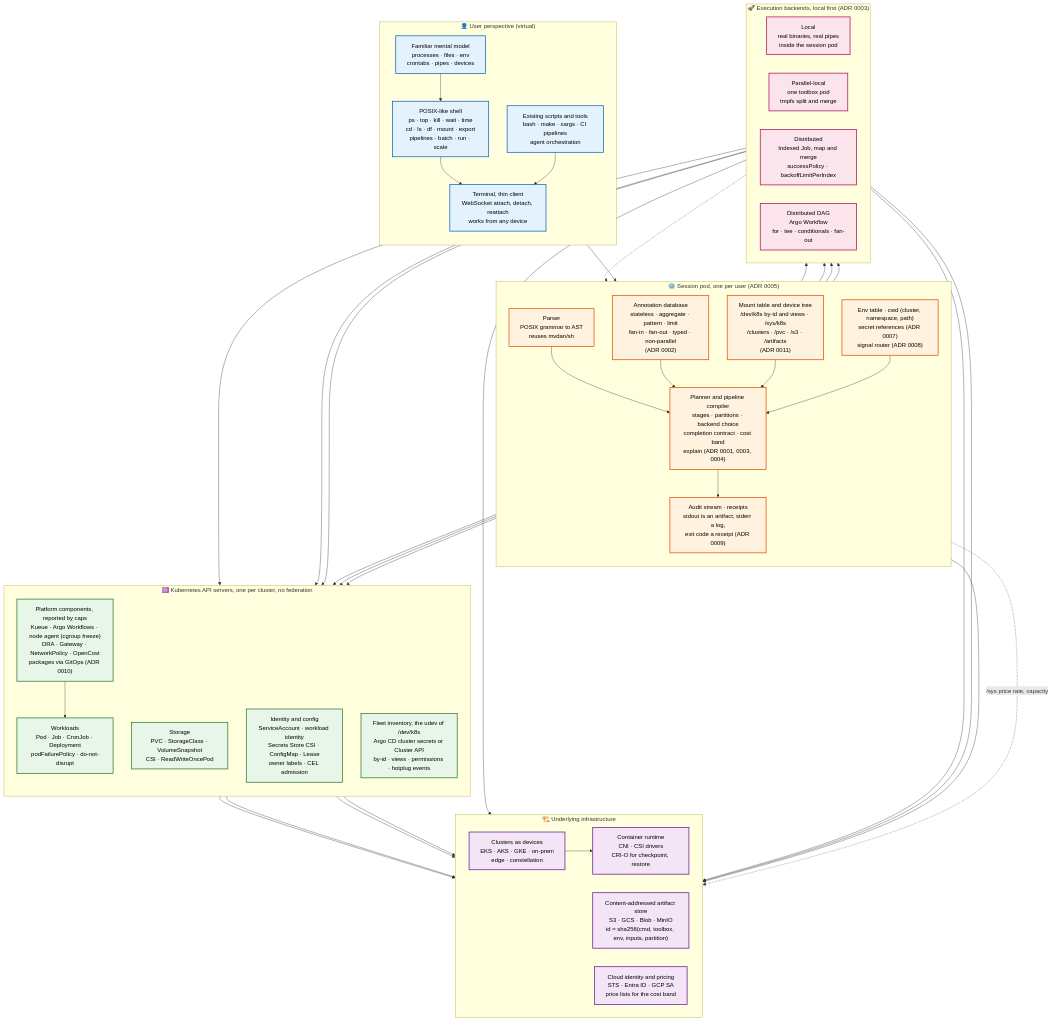
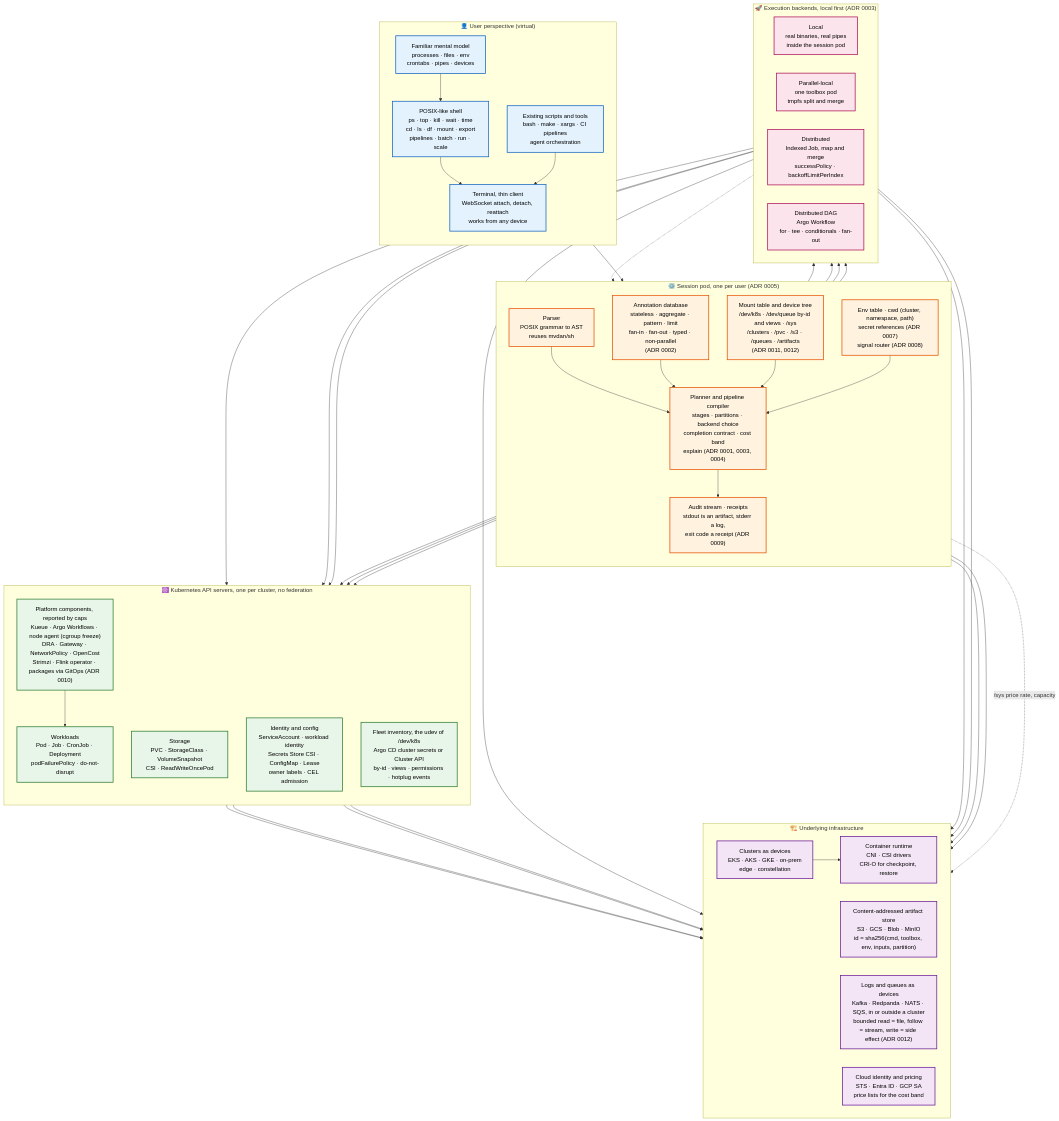
One commit to marcioyoshida/Convoy-Fleet-Manager changed the diagram in README.md. Above: the diagram before and after it, drawn with Mermaid. The commit also changed other lines of this file and 8 other files, not shown here.

First line of the commit message:
ADR 0012 draft: logs and queues are devices; a topic has three faces

````diff
--- a/README.md
+++ b/README.md
@@ -91,7 +91,7 @@
         Parser["Parser<br/>POSIX grammar to AST<br/>reuses mvdan/sh"]
         Planner["Planner and pipeline compiler<br/>stages · partitions · backend choice<br/>completion contract · cost band<br/>explain (ADR 0001, 0003, 0004)"]
         Annot["Annotation database<br/>stateless · aggregate · pattern · limit<br/>fan-in · fan-out · typed · non-parallel<br/>(ADR 0002)"]
-        Mounts["Mount table and device tree<br/>/dev/k8s by-id and views · /sys/k8s<br/>/clusters · /pvc · /s3 · /artifacts<br/>(ADR 0011)"]
+        Mounts["Mount table and device tree<br/>/dev/k8s · /dev/queue by-id and views · /sys<br/>/clusters · /pvc · /s3 · /queues · /artifacts<br/>(ADR 0011, 0012)"]
         State["Env table · cwd (cluster, namespace, path)<br/>secret references (ADR 0007)<br/>signal router (ADR 0008)"]
         Audit["Audit stream · receipts<br/>stdout is an artifact, stderr a log,<br/>exit code a receipt (ADR 0009)"]
     end
@@ -109,7 +109,7 @@
         Workloads["Workloads<br/>Pod · Job · CronJob · Deployment<br/>podFailurePolicy · do-not-disrupt"]
         Storage["Storage<br/>PVC · StorageClass · VolumeSnapshot<br/>CSI · ReadWriteOncePod"]
         Identity["Identity and config<br/>ServiceAccount · workload identity<br/>Secrets Store CSI · ConfigMap · Lease<br/>owner labels · CEL admission"]
-        Platform["Platform components, reported by caps<br/>Kueue · Argo Workflows · node agent (cgroup freeze)<br/>DRA · Gateway · NetworkPolicy · OpenCost<br/>packages via GitOps (ADR 0010)"]
+        Platform["Platform components, reported by caps<br/>Kueue · Argo Workflows · node agent (cgroup freeze)<br/>DRA · Gateway · NetworkPolicy · OpenCost<br/>Strimzi · Flink operator · packages via GitOps (ADR 0010)"]
         Inventory["Fleet inventory, the udev of /dev/k8s<br/>Argo CD cluster secrets or Cluster API<br/>by-id · views · permissions · hotplug events"]
     end
 
@@ -118,6 +118,7 @@
         Clusters["Clusters as devices<br/>EKS · AKS · GKE · on-prem<br/>edge · constellation"]
         Runtime["Container runtime<br/>CNI · CSI drivers<br/>CRI-O for checkpoint, restore"]
         CAS["Content-addressed artifact store<br/>S3 · GCS · Blob · MinIO<br/>id = sha256(cmd, toolbox, env, inputs, partition)"]
+        Queues["Logs and queues as devices<br/>Kafka · Redpanda · NATS · SQS, in or outside a cluster<br/>bounded read = file, follow = stream, write = side effect (ADR 0012)"]
         Cloud["Cloud identity and pricing<br/>STS · Entra ID · GCP SA<br/>price lists for the cost band"]
     end
 
@@ -152,6 +153,7 @@
     Indexed --> CAS
     Argo --> CAS
     Mounts --> CAS
+    Mounts --> Queues
 
     Workloads --> Clusters
     Storage --> Clusters
@@ -169,5 +171,5 @@
     class Parser,Planner,Annot,Mounts,State,Audit session
     class Local,ParLocal,Indexed,Argo backend
     class Workloads,Storage,Identity,Platform,Inventory k8s
-    class Clusters,Runtime,CAS,Cloud infra
+    class Clusters,Runtime,CAS,Queues,Cloud infra
 ```
````
